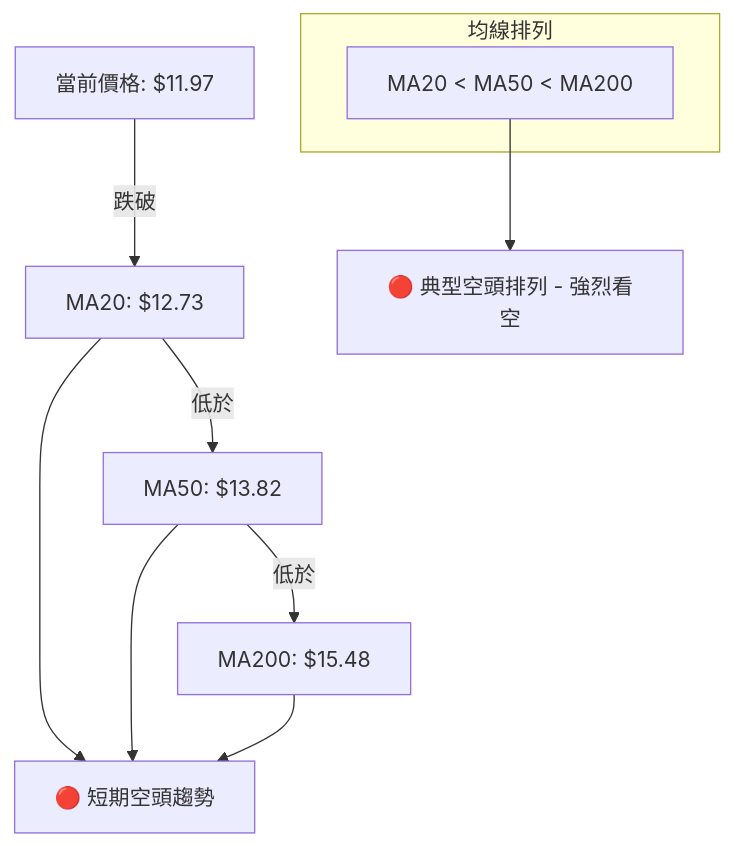
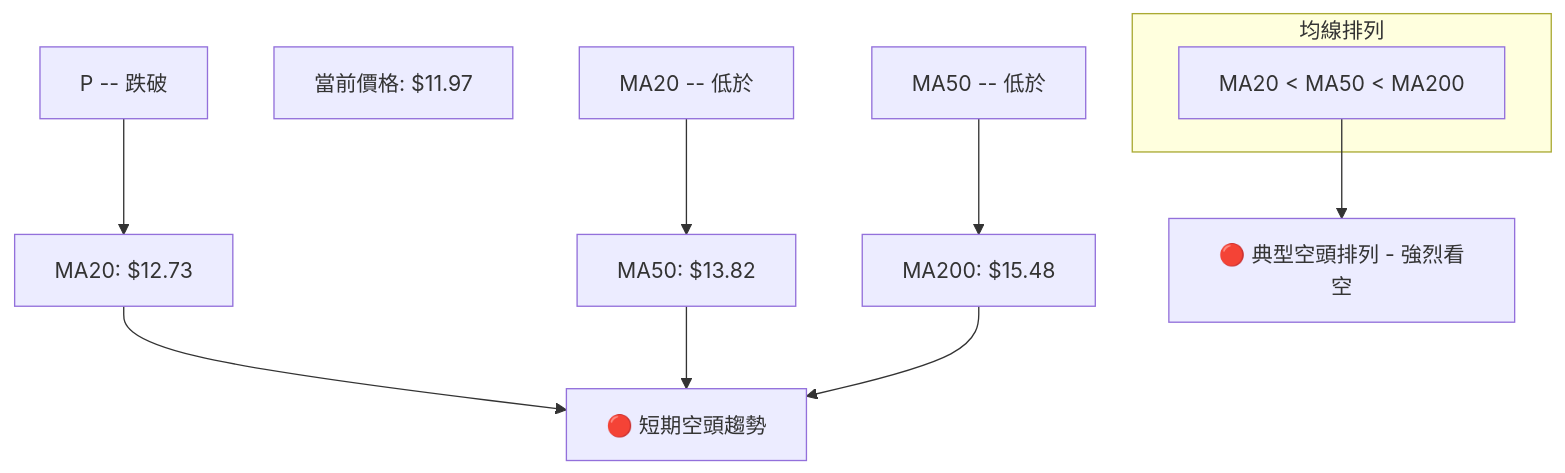
Before and after one commit to yennanliu/finance_data: the seventh of 9 diagrams in ai_gen_report/stock/nu/technical_analysis_2026-06-06_gemini.md, drawn with Mermaid. The commit also changed other lines of this file and 2258 other files, not shown here.

First line of the commit message:
chore: backfill Mermaid syntax repair across existing reports

````diff
--- a/ai_gen_report/stock/nu/technical_analysis_2026-06-06_gemini.md
+++ b/ai_gen_report/stock/nu/technical_analysis_2026-06-06_gemini.md
@@ -538,21 +538,21 @@
 ```mermaid
 graph TD
-    P[當前價格: $11.97]
-    MA20[MA20: $12.73]
-    MA50[MA50: $13.82]
-    MA200[MA200: $15.48]
+    P["當前價格: $11.97"]
+    MA20["MA20: $12.73"]
+    MA50["MA50: $13.82"]
+    MA200["MA200: $15.48"]
 
-    P -- "跌破" --> MA20
-    MA20 -- "低於" --> MA50
-    MA50 -- "低於" --> MA200
+    nb1["P -- "跌破""] --> MA20
+    nb2["MA20 -- "低於""] --> MA50
+    nb3["MA50 -- "低於""] --> MA200
 
     MA20 --> Bearish_Signal["🔴 短期空頭趨勢"]
     MA50 --> Bearish_Signal
     MA200 --> Bearish_Signal
 
     subgraph MA_Order ["均線排列"]
         Order["MA20 < MA50 < MA200"]
     end
 
     Order --> Strong_Bearish["🔴 典型空頭排列 - 強烈看空"]
 ```
````
